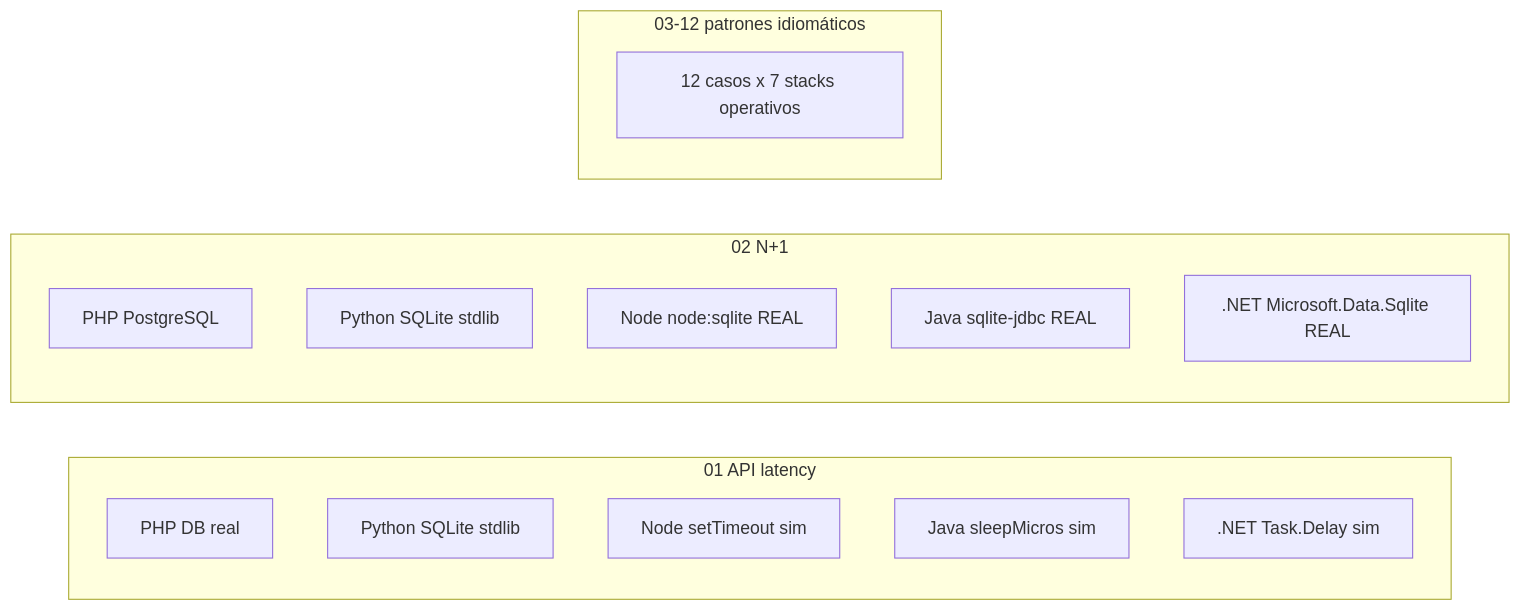
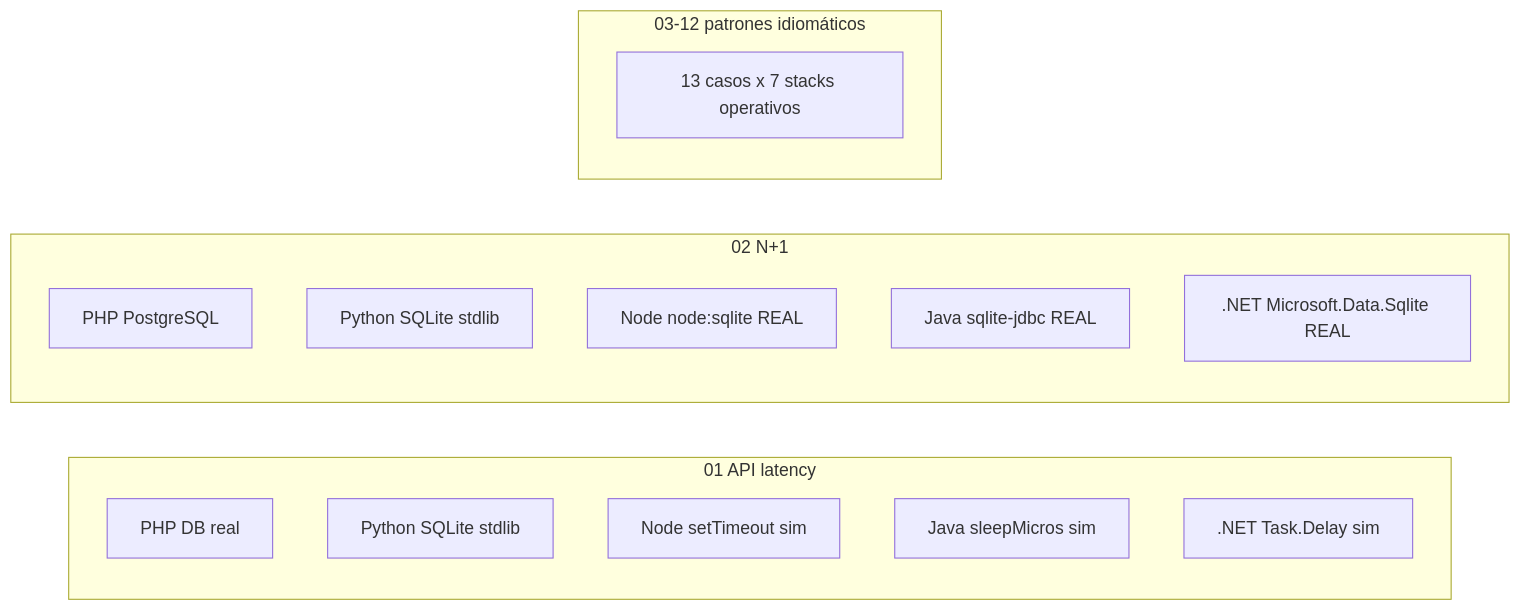
The fourth of 5 diagrams in ARCHITECTURE.md (vladimiracunadev-create/problem-driven-systems-lab), drawn with Mermaid before and after one commit. The commit also changed other lines of this file and 113 other files, not shown here.

````diff
--- a/ARCHITECTURE.md
+++ b/ARCHITECTURE.md
@@ -217,22 +217,22 @@
 ```mermaid
 graph LR
     subgraph C01[01 API latency]
         C01_PHP[PHP DB real]
         C01_PY[Python SQLite stdlib]
         C01_NODE[Node setTimeout sim]
         C01_JAVA[Java sleepMicros sim]
         C01_NET[.NET Task.Delay sim]
     end
 
     subgraph C02[02 N+1]
         C02_PHP[PHP PostgreSQL]
         C02_PY[Python SQLite stdlib]
         C02_NODE[Node node:sqlite REAL]
         C02_JAVA[Java sqlite-jdbc REAL]
         C02_NET[.NET Microsoft.Data.Sqlite REAL]
     end
 
     subgraph C03_12[03-12 patrones idiomáticos]
-        OTHER[12 casos x 7 stacks operativos]
+        OTHER[13 casos x 7 stacks operativos]
     end
 ```
````
